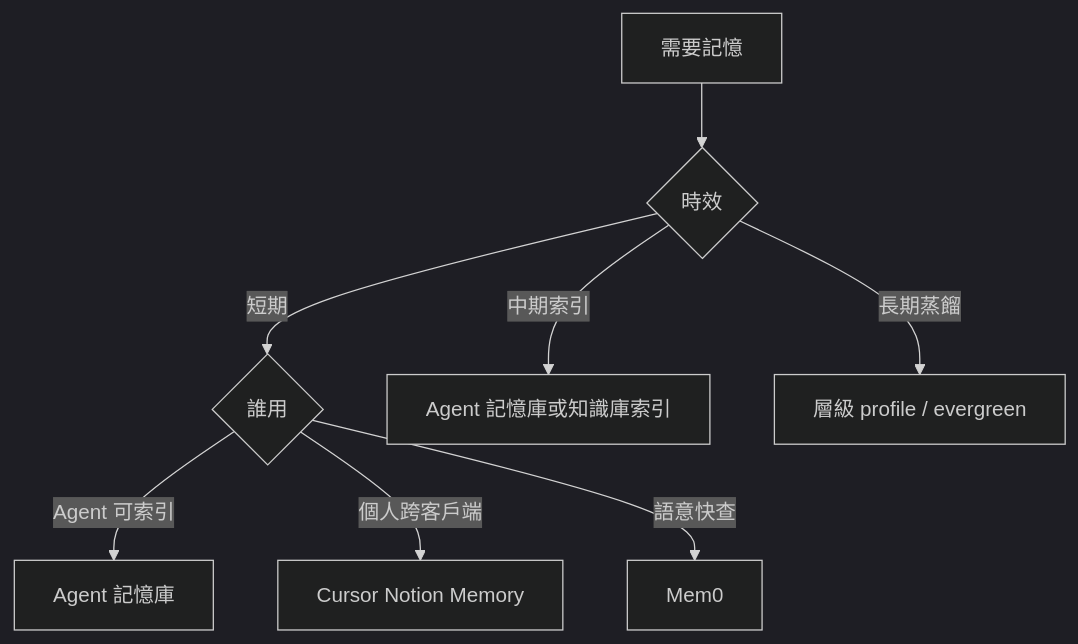
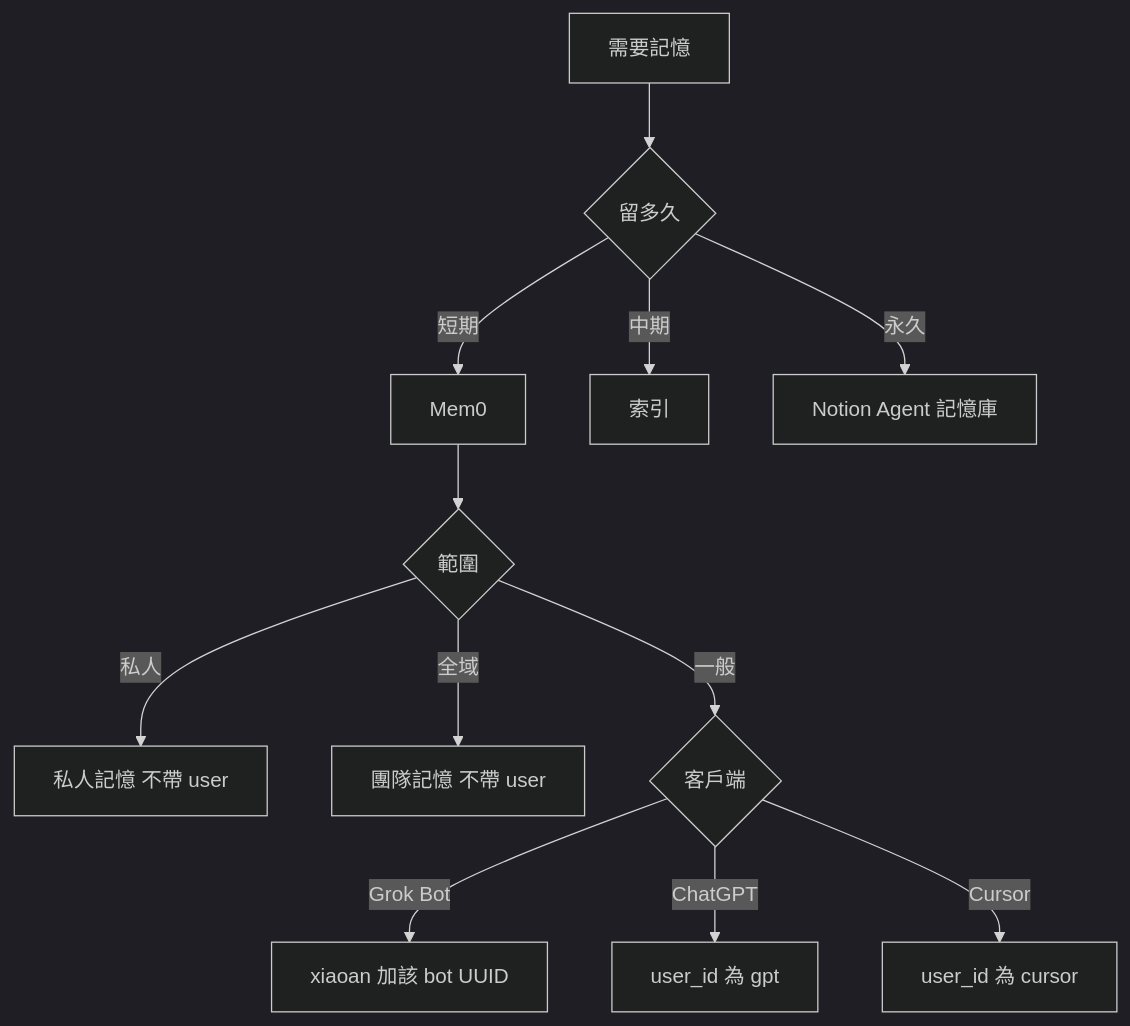
The diagram in .cursor/skills/my-memory/SKILL.md (VECTOR-COOL/my-agent-toolkit), drawn with Mermaid (dark theme) before and after one commit. The commit also changed other lines of this file and 91 other files, not shown here.

````diff
--- a/.cursor/skills/my-memory/SKILL.md
+++ b/.cursor/skills/my-memory/SKILL.md
@@ -20,10 +15,14 @@
 ```mermaid
 graph TD
-  Q[需要記憶] --> T{時效}
-  T -->|短期| W{誰用}
-  T -->|中期索引| N1[Agent 記憶庫或知識庫索引]
-  T -->|長期蒸餾| N2[層級 profile / evergreen]
-  W -->|Agent 可索引| AM[Agent 記憶庫]
-  W -->|個人跨客戶端| NM[Cursor Notion Memory]
-  W -->|語意快查| M0[Mem0]
+  Q[需要記憶] --> T{留多久}
+  T -->|短期| M[Mem0]
+  T -->|中期| I[索引]
+  T -->|永久| N[Notion Agent 記憶庫]
+  M --> S{範圍}
+  S -->|私人| P[私人記憶 不帶 user]
+  S -->|全域| G[團隊記憶 不帶 user]
+  S -->|一般| C{客戶端}
+  C -->|Grok Bot| GA[xiaoan 加該 bot UUID]
+  C -->|ChatGPT| GPT[user_id 為 gpt]
+  C -->|Cursor| CU[user_id 為 cursor]
 ```
````
